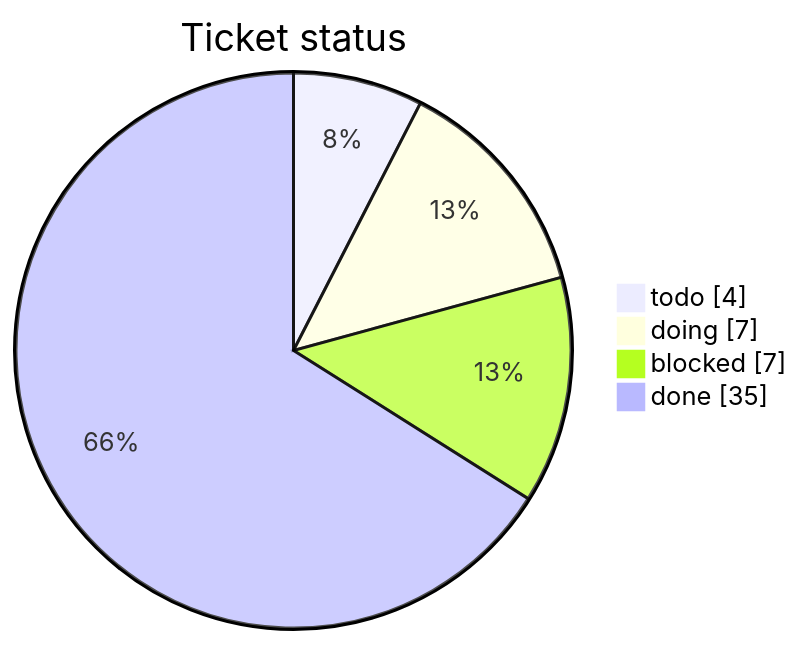
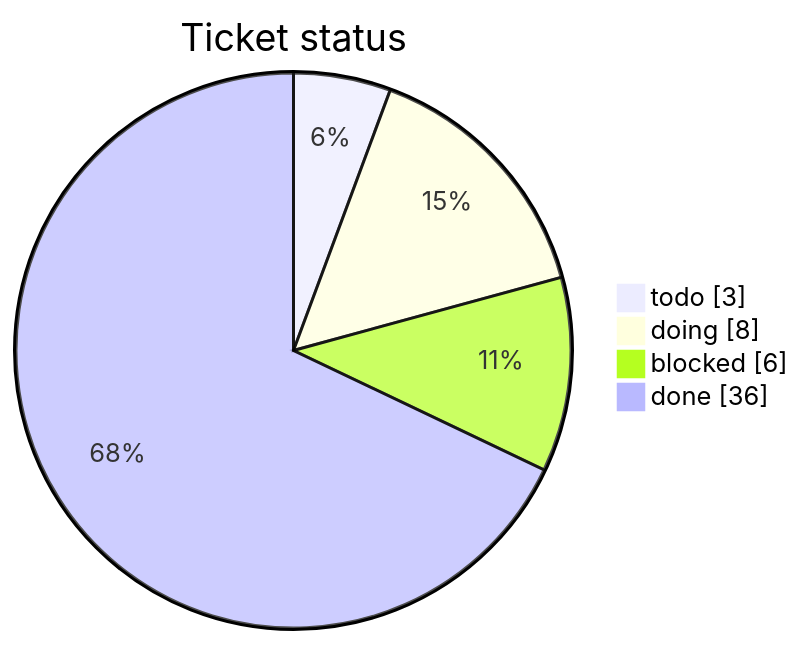
One commit to mohamed-soubhi/bootlab-esp changed the first of 3 diagrams in tickets/TICKETS.md. Above: the diagram before and after it, drawn with Mermaid. The commit also changed other lines of this file and 6 other files, not shown here.

````diff
--- a/tickets/TICKETS.md
+++ b/tickets/TICKETS.md
@@ -14,7 +14,7 @@
 ```mermaid
 pie showData title Ticket status
-    "todo" : 4
-    "doing" : 7
-    "blocked" : 7
-    "done" : 35
+    "todo" : 3
+    "doing" : 8
+    "blocked" : 6
+    "done" : 36
 ```
````
